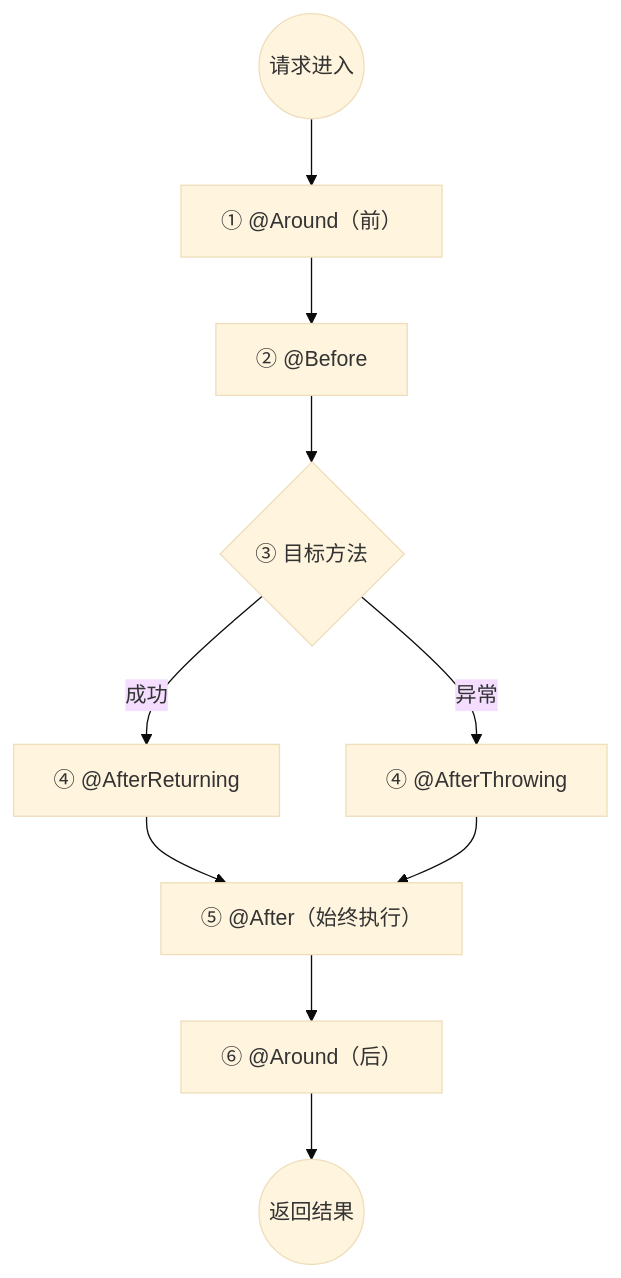
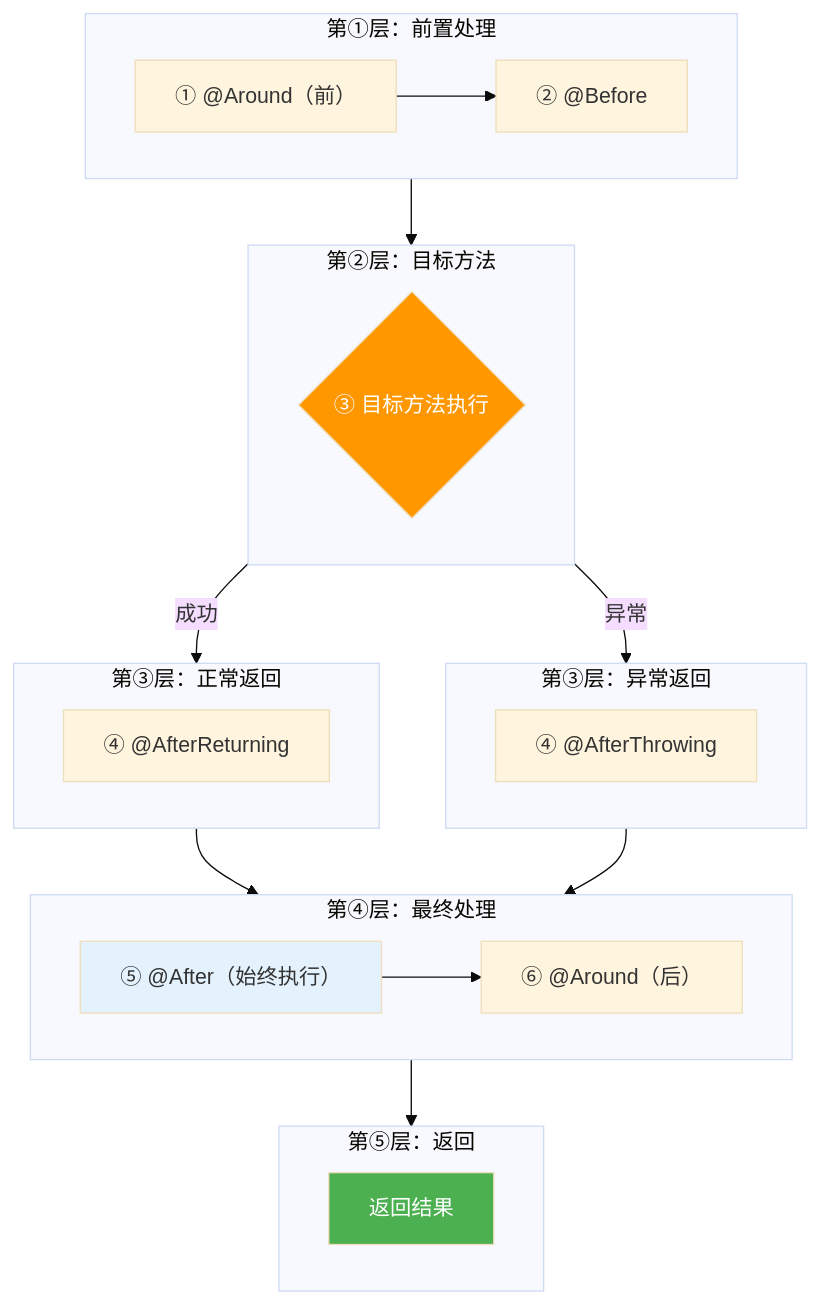
The first of 3 diagrams in Java/Spring/Spring核心知识.md (jv-morningGlory/-), drawn with Mermaid (base theme) before and after one commit. The commit also changed other lines of this file and 1 other file, not shown here.

````diff
--- a/Java/Spring/Spring核心知识.md
+++ b/Java/Spring/Spring核心知识.md
@@ -31,12 +31,46 @@
 ```mermaid
-flowchart TD
-    S(("请求进入")) --> A["① @Around（前）"]
-    A --> B["② @Before"]
-    B --> C{"③ 目标方法"}
-    C --成功--> D["④ @AfterReturning"]
-    C --异常--> E["④ @AfterThrowing"]
-    D --> F["⑤ @After（始终执行）"]
-    E --> F
-    F --> G["⑥ @Around（后）"]
-    G --> R(("返回结果"))
+flowchart TB
+    subgraph L1["第①层：前置处理"]
+        direction LR
+        A1["① @Around（前）"] --> A2["② @Before"]
+    end
+
+    L1 --> L2
+
+    subgraph L2["第②层：目标方法"]
+        direction LR
+        B1{"③ 目标方法执行"}
+    end
+
+    L2 -- "成功" --> L3a
+    L2 -- "异常" --> L3b
+
+    subgraph L3a["第③层：正常返回"]
+        direction LR
+        C1["④ @AfterReturning"]
+    end
+
+    subgraph L3b["第③层：异常返回"]
+        direction LR
+        C2["④ @AfterThrowing"]
+    end
+
+    L3a --> L4
+    L3b --> L4
+
+    subgraph L4["第④层：最终处理"]
+        direction LR
+        D1["⑤ @After（始终执行）"] --> D2["⑥ @Around（后）"]
+    end
+
+    L4 --> L5
+
+    subgraph L5["第⑤层：返回"]
+        direction LR
+        E1["返回结果"]
+    end
+
+    style B1 fill:#ff9800,color:#fff
+    style D1 fill:#e3f2fd
+    style E1 fill:#4caf50,color:#fff
 ```
````
